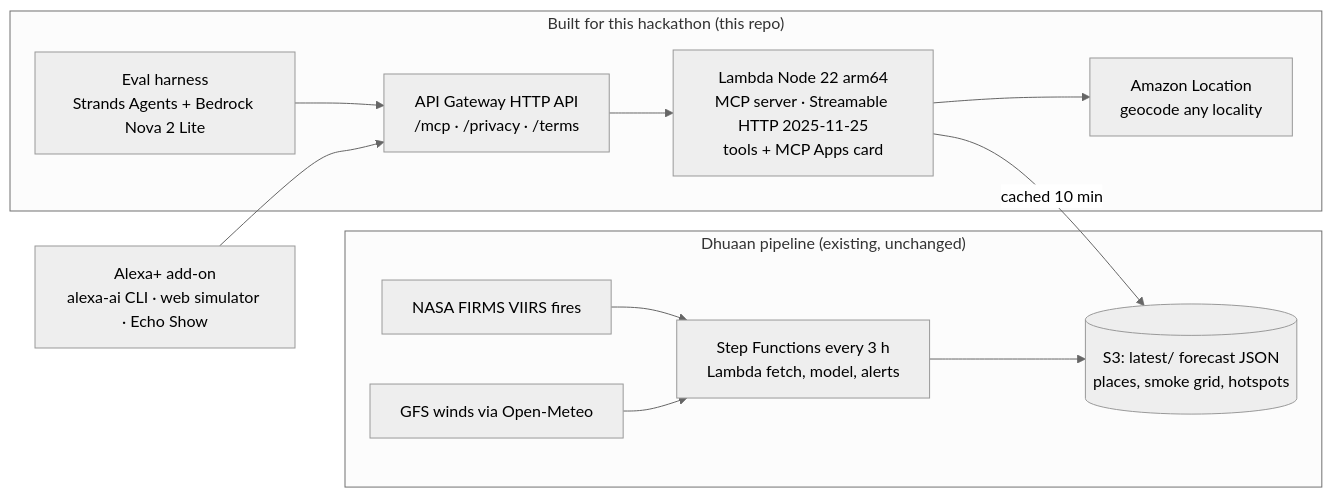
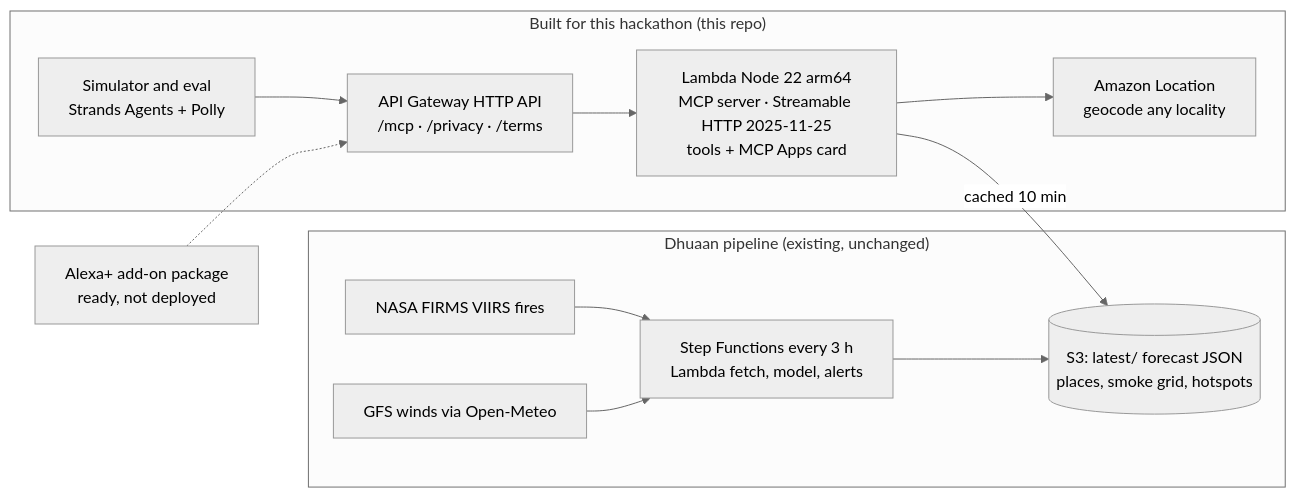
One commit to VividhDesign/dhuaan-alexa changed the diagram in README.md. Above: the diagram before and after it, drawn with Mermaid (neutral theme). The commit also changed other lines of this file and 2 other files, not shown here.

Commit message:
docs: simulator, eval v1/v2, add-on status, feedback

````diff
--- a/README.md
+++ b/README.md
@@ -67,15 +69,15 @@
 ```mermaid
 flowchart LR
   subgraph existing["Dhuaan pipeline (existing, unchanged)"]
     FIRMS[NASA FIRMS VIIRS fires] --> SF[Step Functions every 3 h<br/>Lambda fetch, model, alerts]
     GFS[GFS winds via Open-Meteo] --> SF
     SF --> S3[(S3: latest/ forecast JSON<br/>places, smoke grid, hotspots)]
   end
   subgraph new["Built for this hackathon (this repo)"]
     APIGW[API Gateway HTTP API<br/>/mcp · /privacy · /terms] --> L[Lambda Node 22 arm64<br/>MCP server · Streamable HTTP 2025-11-25<br/>tools + MCP Apps card]
     L -->|cached 10 min| S3
     L --> LOC[Amazon Location<br/>geocode any locality]
-    EVAL[Eval harness<br/>Strands Agents + Bedrock Nova 2 Lite] --> APIGW
+    EVAL[Simulator and eval<br/>Strands Agents + Polly] --> APIGW
   end
-  ALEXA[Alexa+ add-on<br/>alexa-ai CLI · web simulator · Echo Show] --> APIGW
+  ALEXA[Alexa+ add-on package<br/>ready, not deployed] -.-> APIGW
 ```
````
